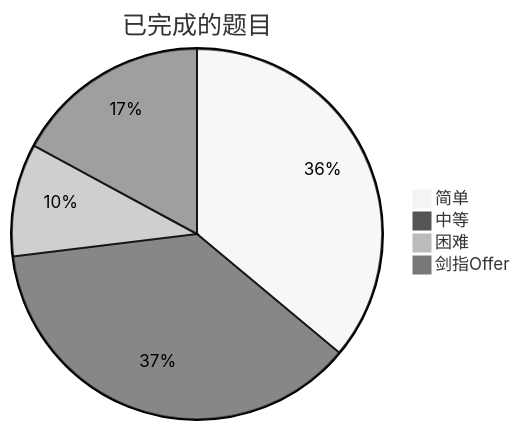
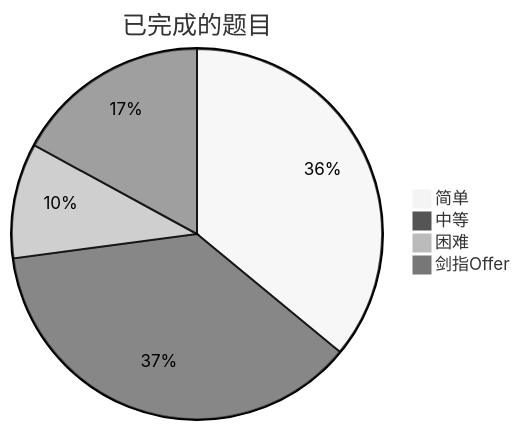
Before and after one commit to kaisa911/LeetCode: the diagram in README.md, drawn with Mermaid (neutral theme). The commit also changed other lines of this file, not shown here.

````diff
--- a/README.md
+++ b/README.md
@@ -9,7 +9,7 @@
 ```mermaid
 pie title 已完成的题目
     "简单" : 154
     "中等" : 158
-    "困难" : 42
+    "困难" : 43
     "剑指Offer" : 73
 ```
````
